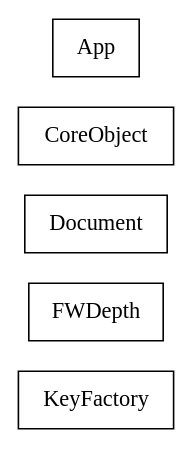
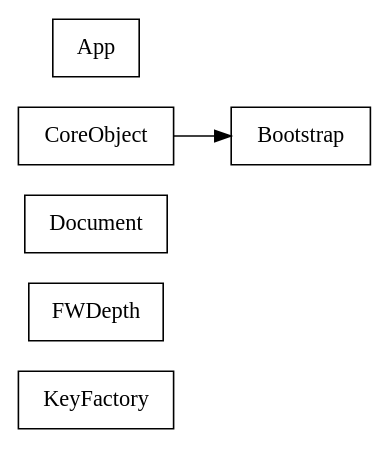
The diagram in docs/com/sekati/core/classes.dot (sekati/sasapi), drawn with Graphviz before and after one commit. The commit also changed 94 other files, not shown here.

```diff
--- a/docs/com/sekati/core/classes.dot
+++ b/docs/com/sekati/core/classes.dot
@@ -1,33 +1,40 @@
 strict digraph class_diagram {
   rankdir=LR;
   TypeKeyFactory[
     label="KeyFactory",
     URL="KeyFactory.html",
     tooltip="com.sekati.core.KeyFactory",
     shape="record"
   ];
   TypeFWDepth[
     label="FWDepth",
     URL="FWDepth.html",
     tooltip="com.sekati.core.FWDepth",
     shape="record"
   ];
   TypeDocument[
     label="Document",
     URL="Document.html",
     tooltip="com.sekati.core.Document",
     shape="record"
   ];
   TypeCoreObject[
     label="CoreObject",
     URL="CoreObject.html",
     tooltip="com.sekati.core.CoreObject",
     shape="record"
   ];
+  TypeBootstrap[
+    label="Bootstrap",
+    URL="Bootstrap.html",
+    tooltip="com.sekati.core.Bootstrap",
+    shape="record"
+  ];
   TypeApp[
     label="App",
     URL="App.html",
     tooltip="com.sekati.core.App",
     shape="record"
   ];
+  TypeCoreObject -> TypeBootstrap;
 }
```
